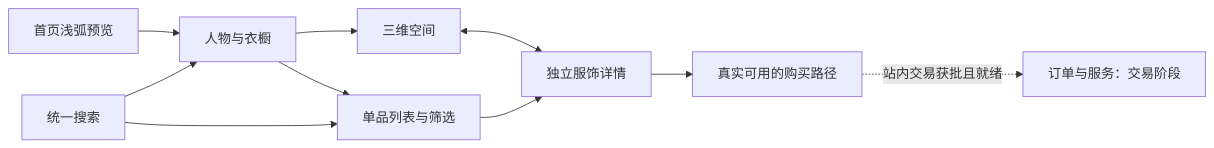
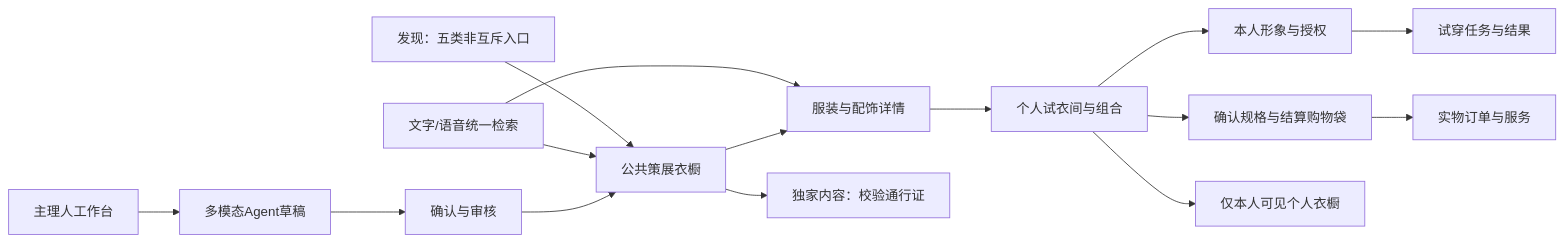
One commit to wilsonwang-mt/star-closet changed the diagram in docs/PRD.md. Above: the diagram before and after it, drawn with Mermaid. The commit also changed other lines of this file and 40 other files, not shown here.

````diff
--- a/docs/PRD.md
+++ b/docs/PRD.md
@@ -37,12 +94,17 @@
 ```mermaid
 flowchart LR
- H[首页浅弧预览] --> C[人物与衣橱]
- S[统一搜索] --> C
- S --> L[单品列表与筛选]
- C --> V[三维空间]
- C --> L
- V <--> D[独立服饰详情]
- L --> D
- D --> B[真实可用的购买路径]
- B -. 站内交易获批且就绪 .-> O[订单与服务：交易阶段]
+ H[发现：五类非互斥入口] --> C[公共策展衣橱]
+ S[文字/语音统一检索] --> C
+ S --> P[服装与配饰详情]
+ C --> P
+ C --> E[独家内容：校验通行证]
+ P --> R[个人试衣间与组合]
+ R --> A[本人形象与授权]
+ A --> V[试穿任务与结果]
+ R --> B[确认规格与结算购物袋]
+ B --> O[实物订单与服务]
+ R --> W[仅本人可见个人衣橱]
+ K[主理人工作台] --> D[多模态Agent草稿]
+ D --> Q[确认与审核]
+ Q --> C
 ```
````
